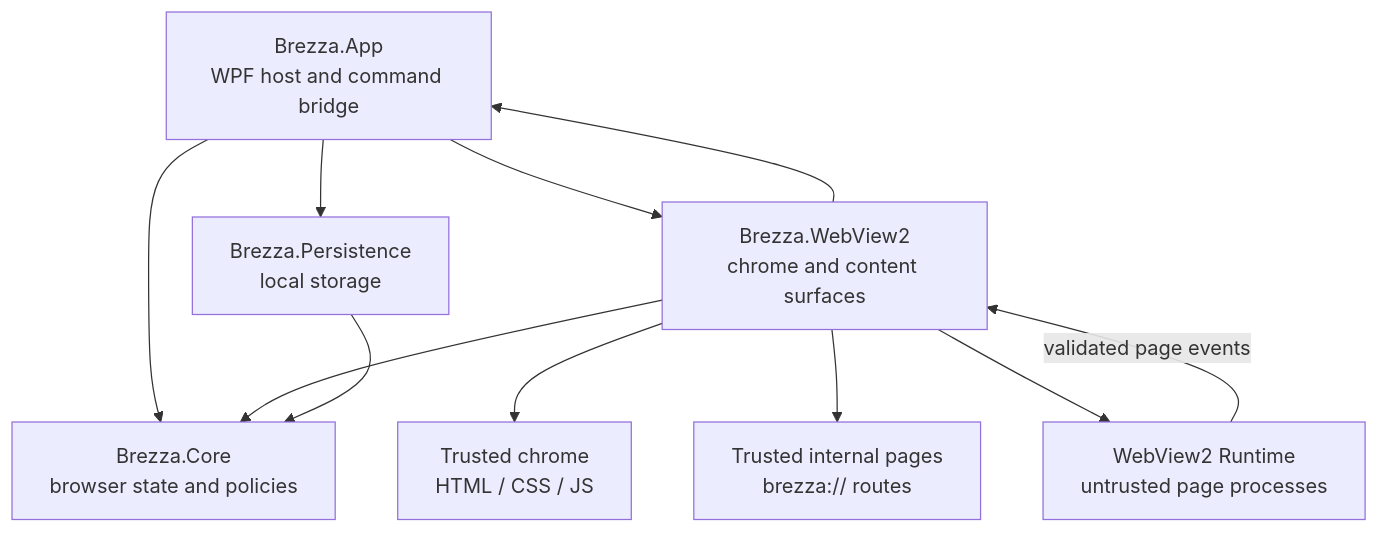
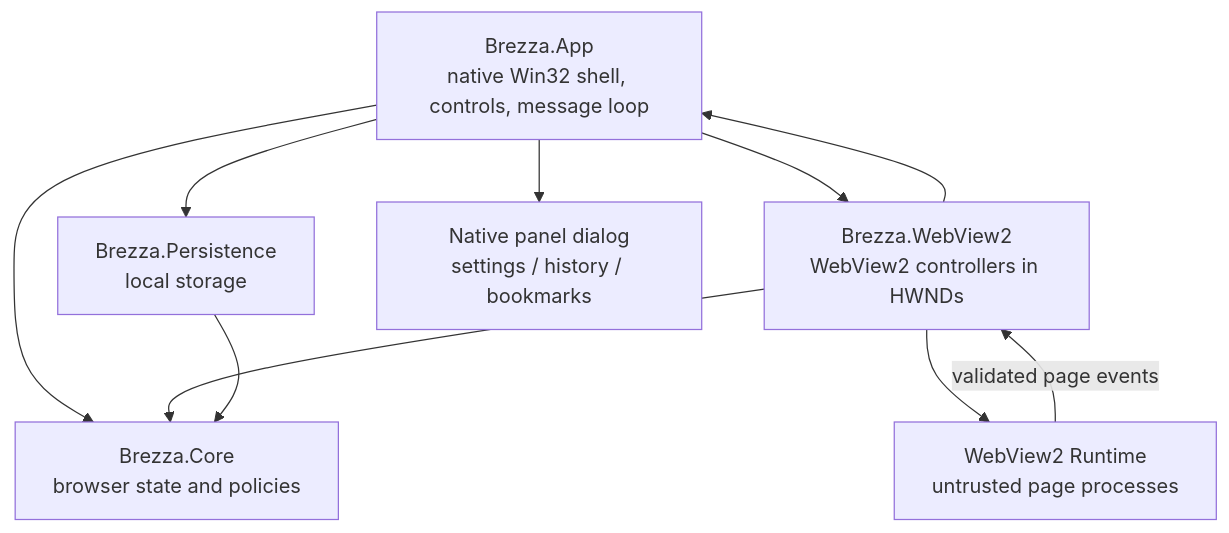
One commit to texas-projekt/brezza changed the diagram in docs/ARCHITECTURE.md. Above: the diagram before and after it, drawn with Mermaid. The commit also changed other lines of this file and 95 other files, not shown here.

````diff
--- a/docs/ARCHITECTURE.md
+++ b/docs/ARCHITECTURE.md
@@ -7,20 +7,18 @@
 ```mermaid
 flowchart TD
-    UI["Brezza.App<br/>WPF host and command bridge"]
+    App["Brezza.App<br/>native Win32 shell, controls, message loop"]
     Core["Brezza.Core<br/>browser state and policies"]
-    WV["Brezza.WebView2<br/>chrome and content surfaces"]
+    WV["Brezza.WebView2<br/>WebView2 controllers in HWNDs"]
     Store["Brezza.Persistence<br/>local storage"]
-    Chrome["Trusted chrome<br/>HTML / CSS / JS"]
-    Internal["Trusted internal pages<br/>brezza:// routes"]
+    Panel["Native panel dialog<br/>settings / history / bookmarks"]
     Engine["WebView2 Runtime<br/>untrusted page processes"]
-    UI --> Core
-    UI --> WV
-    UI --> Store
-    WV --> Chrome
-    WV --> Internal
+    App --> Core
+    App --> WV
+    App --> Store
+    App --> Panel
     WV --> Core
     Store --> Core
     WV --> Engine
     Engine -->|"validated page events"| WV
-    WV --> UI
+    WV --> App
 ```
````
